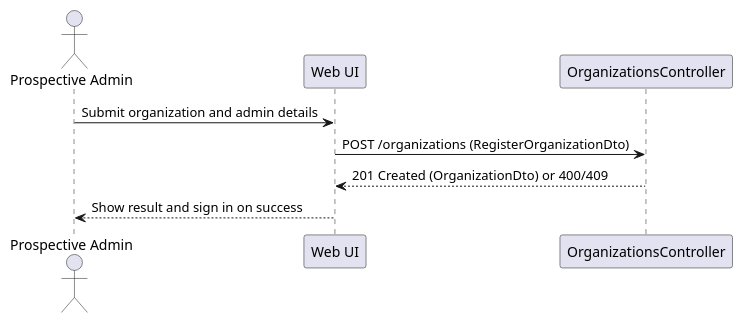
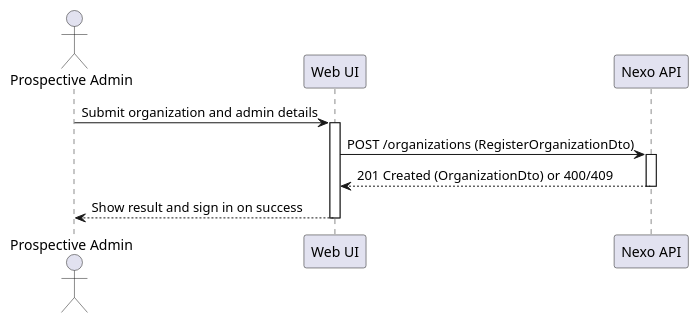
Before and after one commit to vscosousa/Nexo: the diagram in docs/us/US-001/sd/level-2/puml/US-001-level-2.puml, drawn with PlantUML. The commit also changed 60 other files, not shown here.

Commit message:
Restructure SSD/SD diagrams: activation bars, FE/BE split

```diff
--- a/docs/us/US-001/sd/level-2/puml/US-001-level-2.puml
+++ b/docs/us/US-001/sd/level-2/puml/US-001-level-2.puml
@@ -1,9 +1,13 @@
 @startuml
 actor "Prospective Admin" as Admin
 participant "Web UI" as UI
-participant "OrganizationsController" as Controller
+participant "Nexo API" as API
 Admin -> UI: Submit organization and admin details
-UI -> Controller: POST /organizations (RegisterOrganizationDto)
-Controller --> UI: 201 Created (OrganizationDto) or 400/409
+activate UI
+UI -> API: POST /organizations (RegisterOrganizationDto)
+activate API
+API --> UI: 201 Created (OrganizationDto) or 400/409
+deactivate API
 UI --> Admin: Show result and sign in on success
+deactivate UI
 @enduml
```
